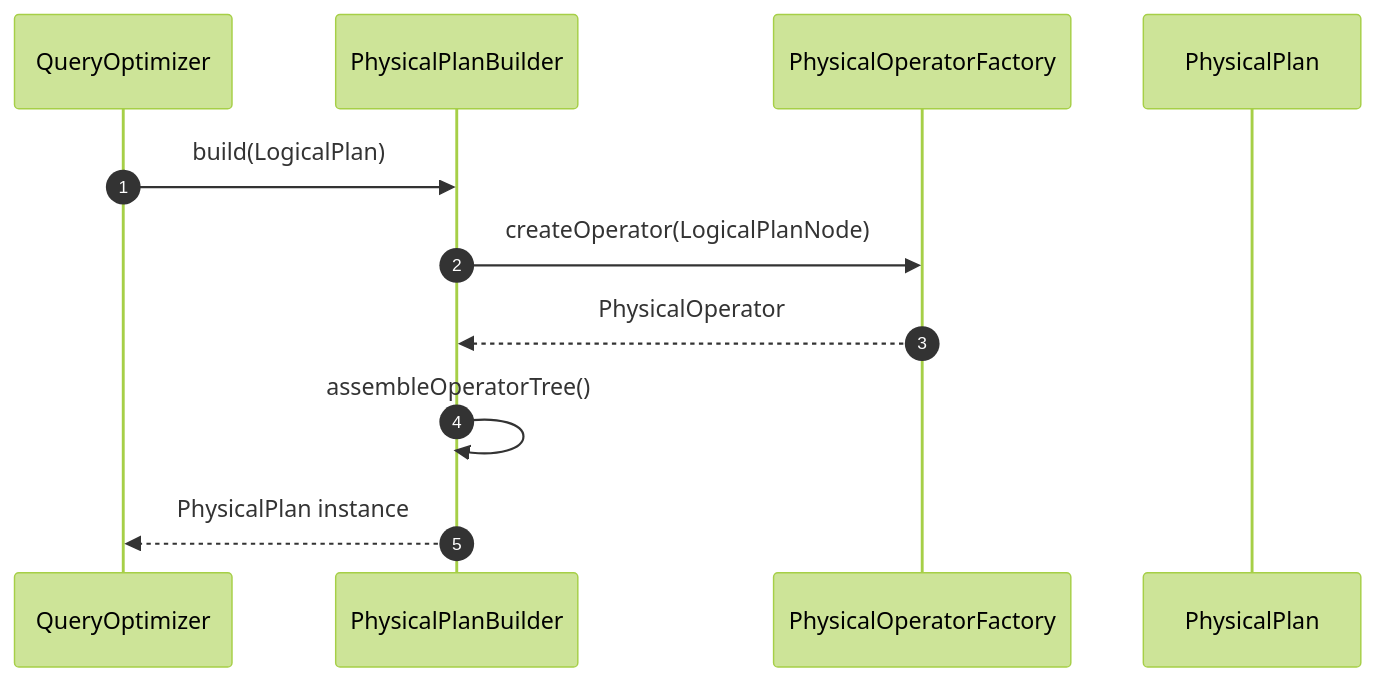
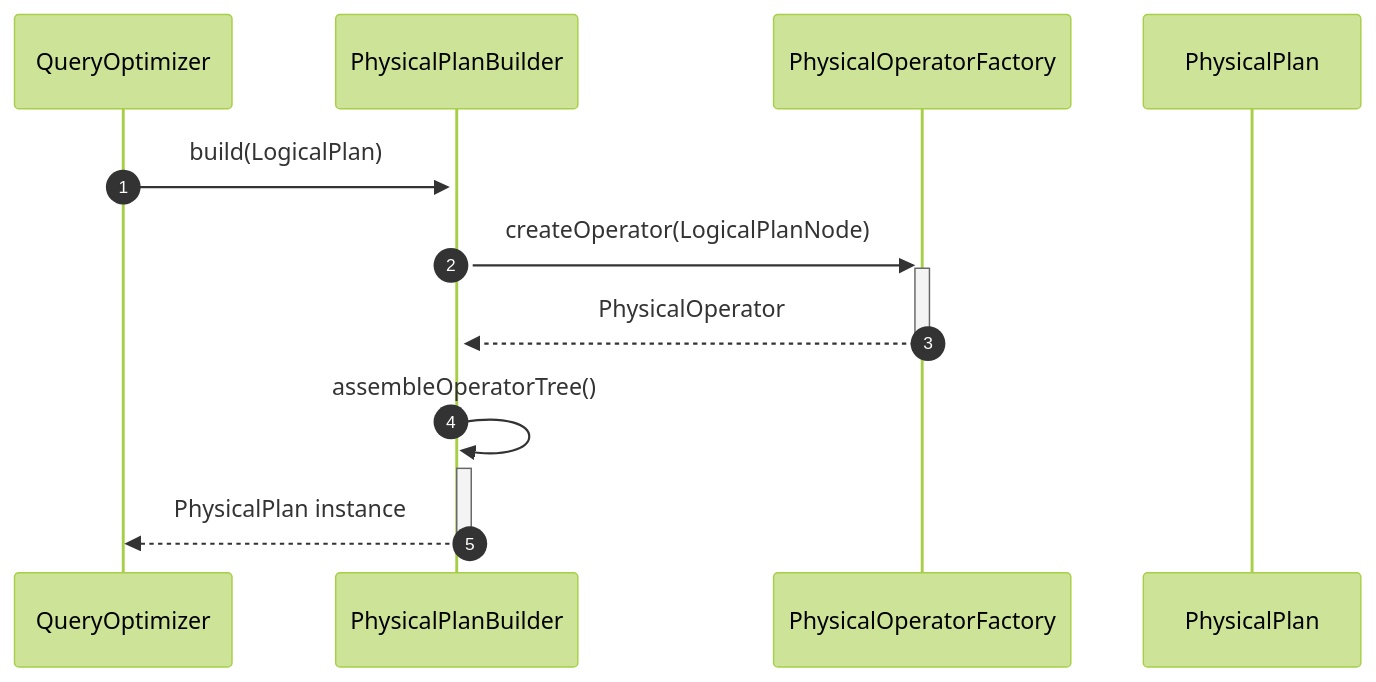
One commit to Dikhang1112/Database_Management_BBV changed diagram 13 of 13 in docs/design_patterns/query_processor/Sequece.md. Above: the diagram before and after it, drawn with Mermaid (forest theme). The commit also changed other lines of this file and 12 other files, not shown here.

Commit message:
Refactor sequece diagram

````diff
--- a/docs/design_patterns/query_processor/Sequece.md
+++ b/docs/design_patterns/query_processor/Sequece.md
@@ -371,14 +371,14 @@
 ```mermaid
 sequenceDiagram
     autonumber
     participant Optimizer as QueryOptimizer
     participant Builder as PhysicalPlanBuilder
     participant Factory as PhysicalOperatorFactory
     participant PP as PhysicalPlan
 
-    Optimizer->>Builder: build(LogicalPlan)
-    Builder->>Factory: createOperator(LogicalPlanNode)
-    Factory-->>Builder: PhysicalOperator
-    Builder->>Builder: assembleOperatorTree()
-    Builder-->>Optimizer: PhysicalPlan instance
+    Optimizer->>+Builder: build(LogicalPlan)
+    Builder->>+Factory: createOperator(LogicalPlanNode)
+    Factory-->>-Builder: PhysicalOperator
+    Builder->>+Builder: assembleOperatorTree()
+    Builder-->>-Optimizer: PhysicalPlan instance
 ```
````
